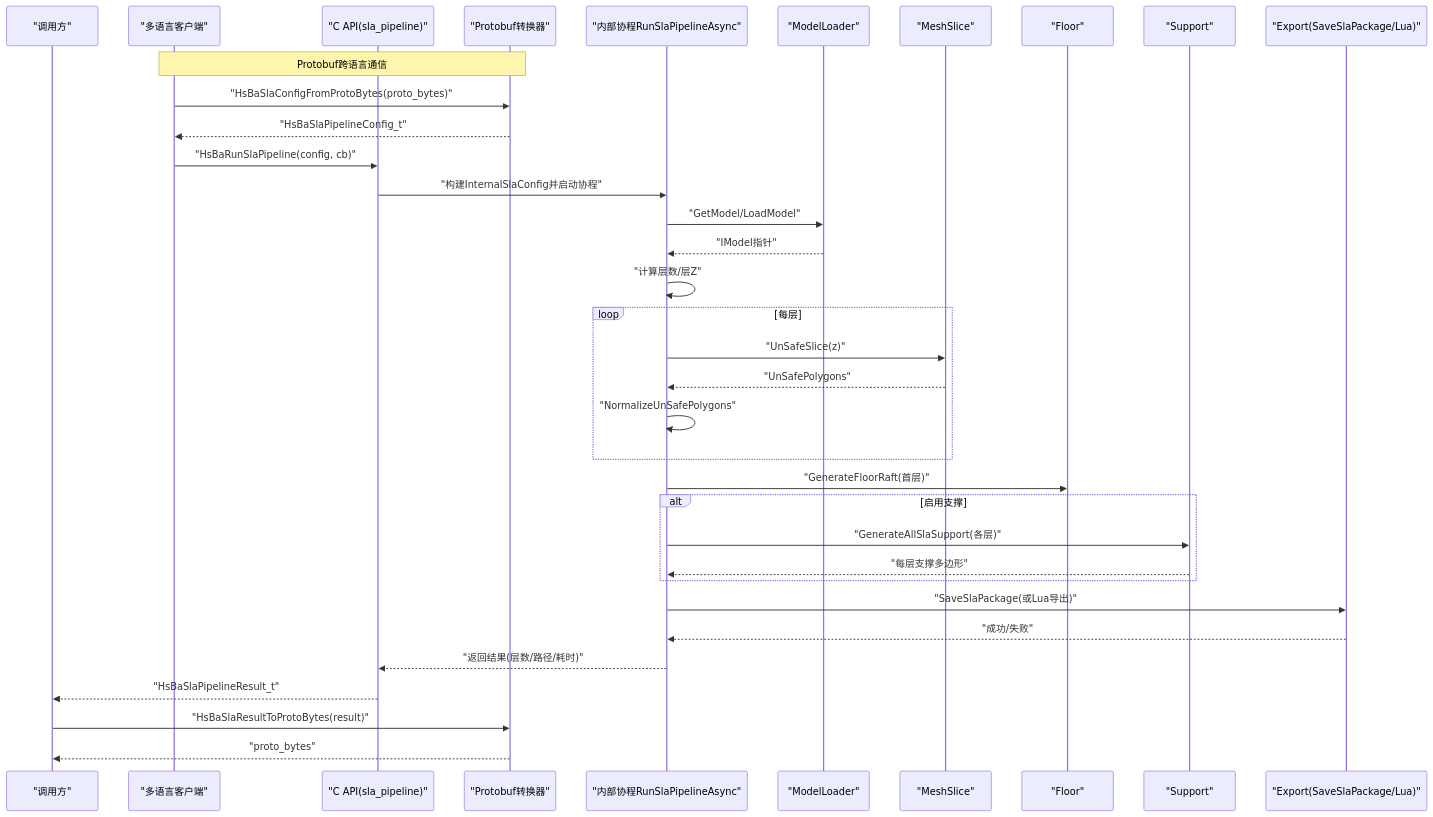
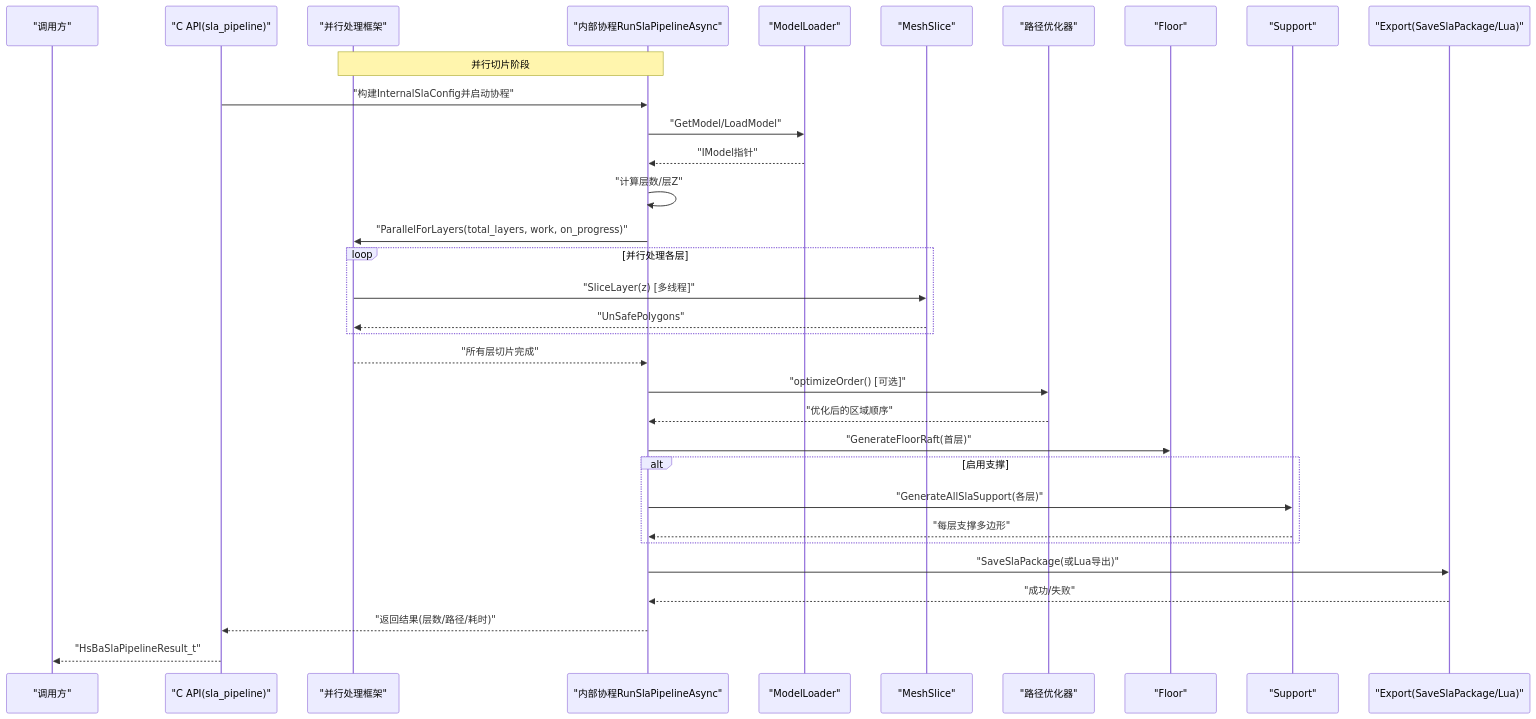
Before and after one commit to hsmbanlance/HsBaSlicer: the second of 13 diagrams in .qoder/repowiki/zh/content/核心模块详解/SLA立体光刻流水线.md, drawn with Mermaid. The commit also changed other lines of this file and 20 other files, not shown here.

````diff
--- a/.qoder/repowiki/zh/content/核心模块详解/SLA立体光刻流水线.md
+++ b/.qoder/repowiki/zh/content/核心模块详解/SLA立体光刻流水线.md
@@ -129,37 +140,35 @@
 ```mermaid
 sequenceDiagram
 participant Caller as "调用方"
-participant MultiLang as "多语言客户端"
 participant DLL as "C API(sla_pipeline)"
-participant Convert as "Protobuf转换器"
+participant Parallel as "并行处理框架"
 participant Core as "内部协程RunSlaPipelineAsync"
 participant Model as "ModelLoader"
 participant Slice as "MeshSlice"
+participant PathOpt as "路径优化器"
 participant Floor as "Floor"
 participant Supp as "Support"
 participant Export as "Export(SaveSlaPackage/Lua)"
-Note over MultiLang,Convert : Protobuf跨语言通信
-MultiLang->>Convert : "HsBaSlaConfigFromProtoBytes(proto_bytes)"
-Convert-->>MultiLang : "HsBaSlaPipelineConfig_t"
-MultiLang->>DLL : "HsBaRunSlaPipeline(config, cb)"
+Note over Parallel,Core : 并行切片阶段
 DLL->>Core : "构建InternalSlaConfig并启动协程"
 Core->>Model : "GetModel/LoadModel"
 Model-->>Core : "IModel指针"
 Core->>Core : "计算层数/层Z"
-loop 每层
-Core->>Slice : "UnSafeSlice(z)"
-Slice-->>Core : "UnSafePolygons"
-Core->>Core : "NormalizeUnSafePolygons"
+Core->>Parallel : "ParallelForLayers(total_layers, work, on_progress)"
+loop 并行处理各层
+Parallel->>Slice : "SliceLayer(z) [多线程]"
+Slice-->>Parallel : "UnSafePolygons"
 end
+Parallel-->>Core : "所有层切片完成"
+Core->>PathOpt : "optimizeOrder() [可选]"
+PathOpt-->>Core : "优化后的区域顺序"
 Core->>Floor : "GenerateFloorRaft(首层)"
 alt 启用支撑
 Core->>Supp : "GenerateAllSlaSupport(各层)"
 Supp-->>Core : "每层支撑多边形"
 end
 Core->>Export : "SaveSlaPackage(或Lua导出)"
 Export-->>Core : "成功/失败"
 Core-->>DLL : "返回结果(层数/路径/耗时)"
 DLL-->>Caller : "HsBaSlaPipelineResult_t"
-Caller->>Convert : "HsBaSlaResultToProtoBytes(result)"
-Convert-->>Caller : "proto_bytes"
 ```
````
